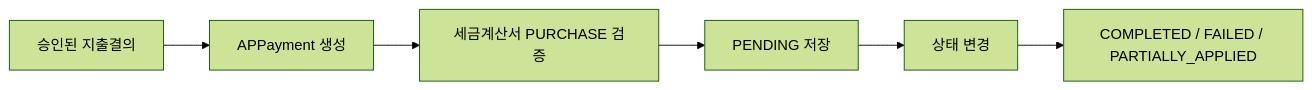
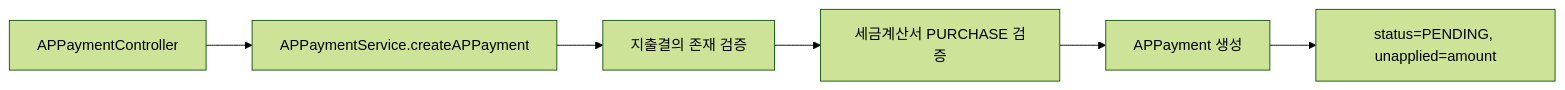
One commit to skyg547/account changed the second of 2 diagrams in expenditure-resolution/docs/process-flow.md. Above: the diagram before and after it, drawn with Mermaid (forest theme). The commit also changed other lines of this file and 97 other files, not shown here.

````diff
--- a/expenditure-resolution/docs/process-flow.md
+++ b/expenditure-resolution/docs/process-flow.md
@@ -41,8 +76,8 @@
 ```mermaid
 flowchart LR
-    A[승인된 지출결의] --> B[APPayment 생성]
-    B --> C[세금계산서 PURCHASE 검증]
-    C --> D[PENDING 저장]
-    D --> E[상태 변경]
-    E --> F[COMPLETED / FAILED / PARTIALLY_APPLIED]
+    A[APPaymentController] --> B[APPaymentService.createAPPayment]
+    B --> C[지출결의 존재 검증]
+    C --> D[세금계산서 PURCHASE 검증]
+    D --> E[APPayment 생성]
+    E --> F[status=PENDING, unapplied=amount]
 ```
````
